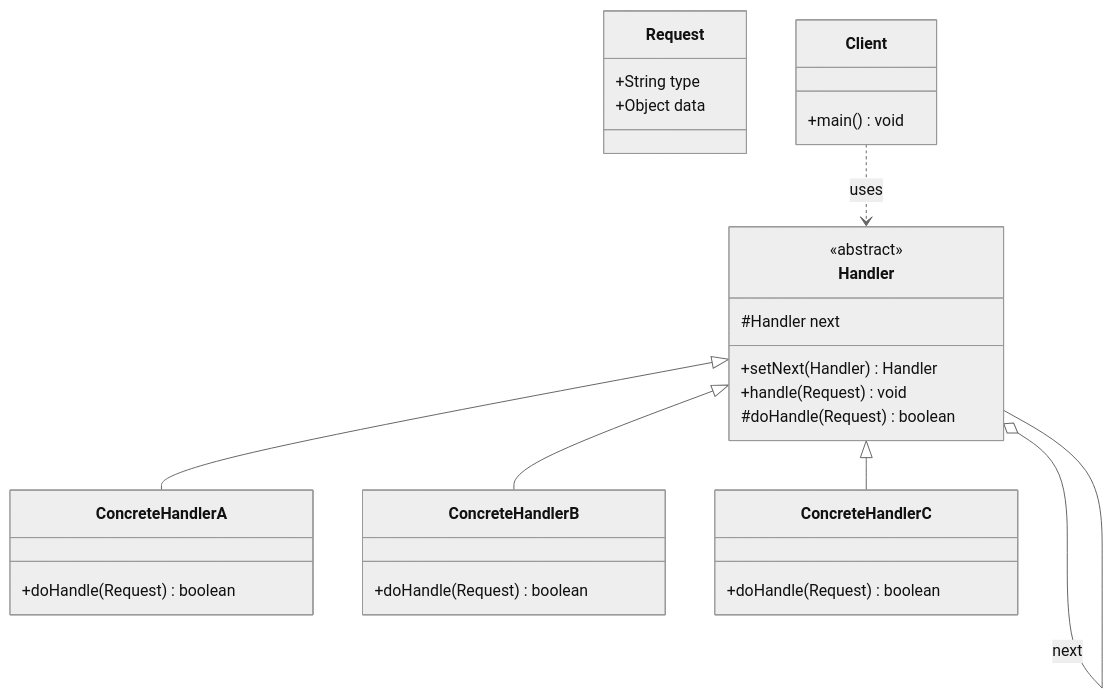
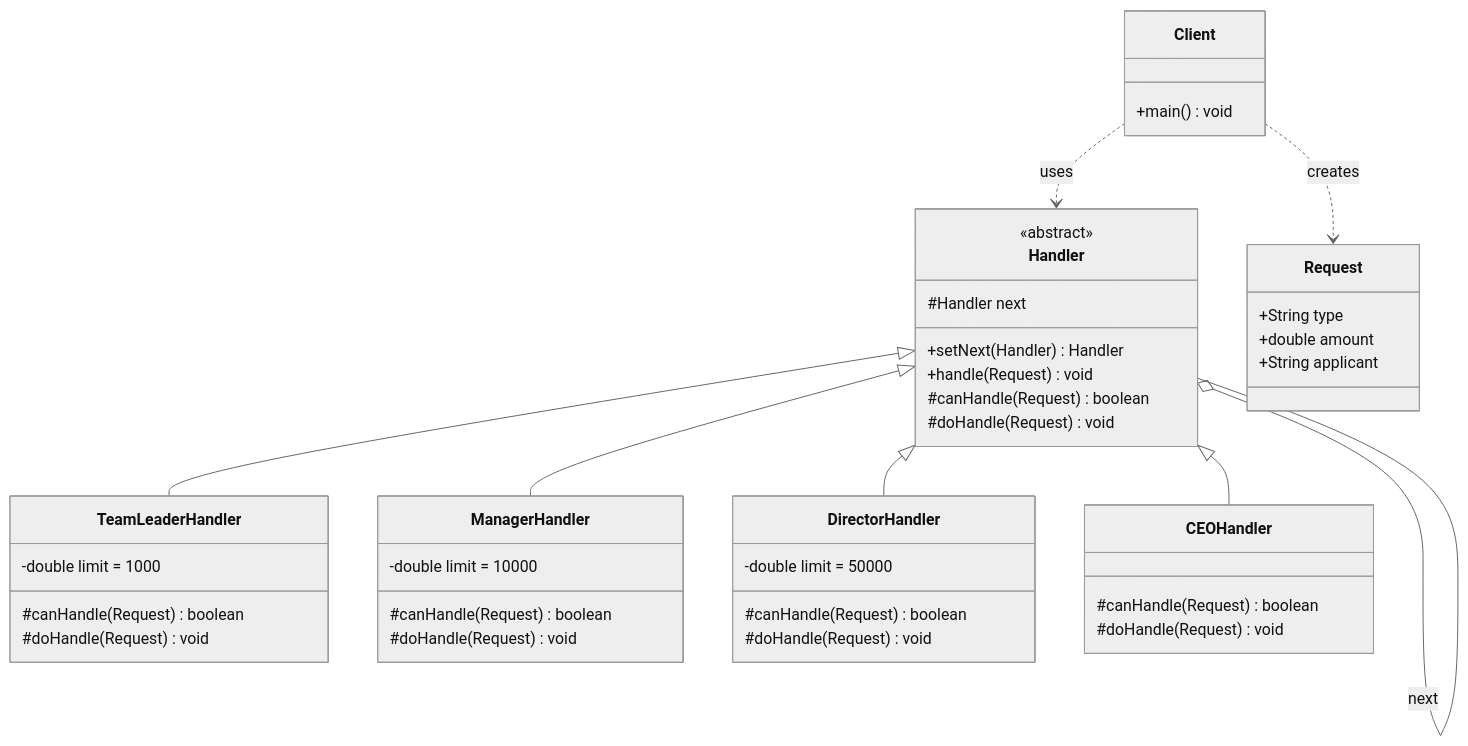
One commit to coolzhul/java-fullstack-knowledge changed the diagram in src/java-advanced/design-patterns/chain-of-responsibility.md. Above: the diagram before and after it, drawn with Mermaid (neutral theme). The commit also changed other lines of this file and 22 other files, not shown here.

````diff
--- a/src/java-advanced/design-patterns/chain-of-responsibility.md
+++ b/src/java-advanced/design-patterns/chain-of-responsibility.md
@@ -31,31 +46,45 @@
 ```mermaid
 classDiagram
     class Handler {
         <<abstract>>
         #Handler next
         +setNext(Handler) Handler
         +handle(Request) void
-        #doHandle(Request) boolean
+        #canHandle(Request) boolean
+        #doHandle(Request) void
     }
-    class ConcreteHandlerA {
-        +doHandle(Request) boolean
+    class TeamLeaderHandler {
+        -double limit = 1000
+        #canHandle(Request) boolean
+        #doHandle(Request) void
     }
-    class ConcreteHandlerB {
-        +doHandle(Request) boolean
+    class ManagerHandler {
+        -double limit = 10000
+        #canHandle(Request) boolean
+        #doHandle(Request) void
     }
-    class ConcreteHandlerC {
-        +doHandle(Request) boolean
+    class DirectorHandler {
+        -double limit = 50000
+        #canHandle(Request) boolean
+        #doHandle(Request) void
+    }
+    class CEOHandler {
+        #canHandle(Request) boolean
+        #doHandle(Request) void
     }
     class Request {
         +String type
-        +Object data
+        +double amount
+        +String applicant
     }
     class Client {
         +main() void
     }
-    Handler <|-- ConcreteHandlerA
-    Handler <|-- ConcreteHandlerB
-    Handler <|-- ConcreteHandlerC
+    Handler <|-- TeamLeaderHandler
+    Handler <|-- ManagerHandler
+    Handler <|-- DirectorHandler
+    Handler <|-- CEOHandler
     Handler o-- Handler : next
     Client ..> Handler : uses
+    Client ..> Request : creates
 ```
````
